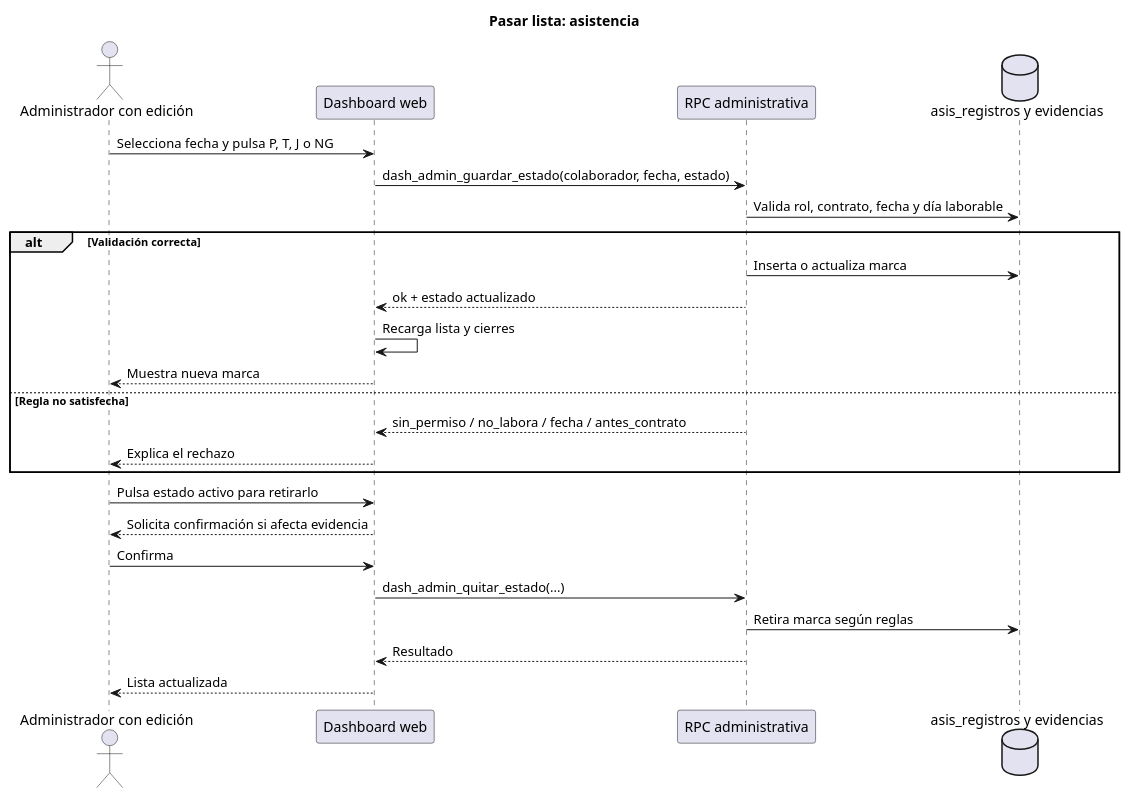
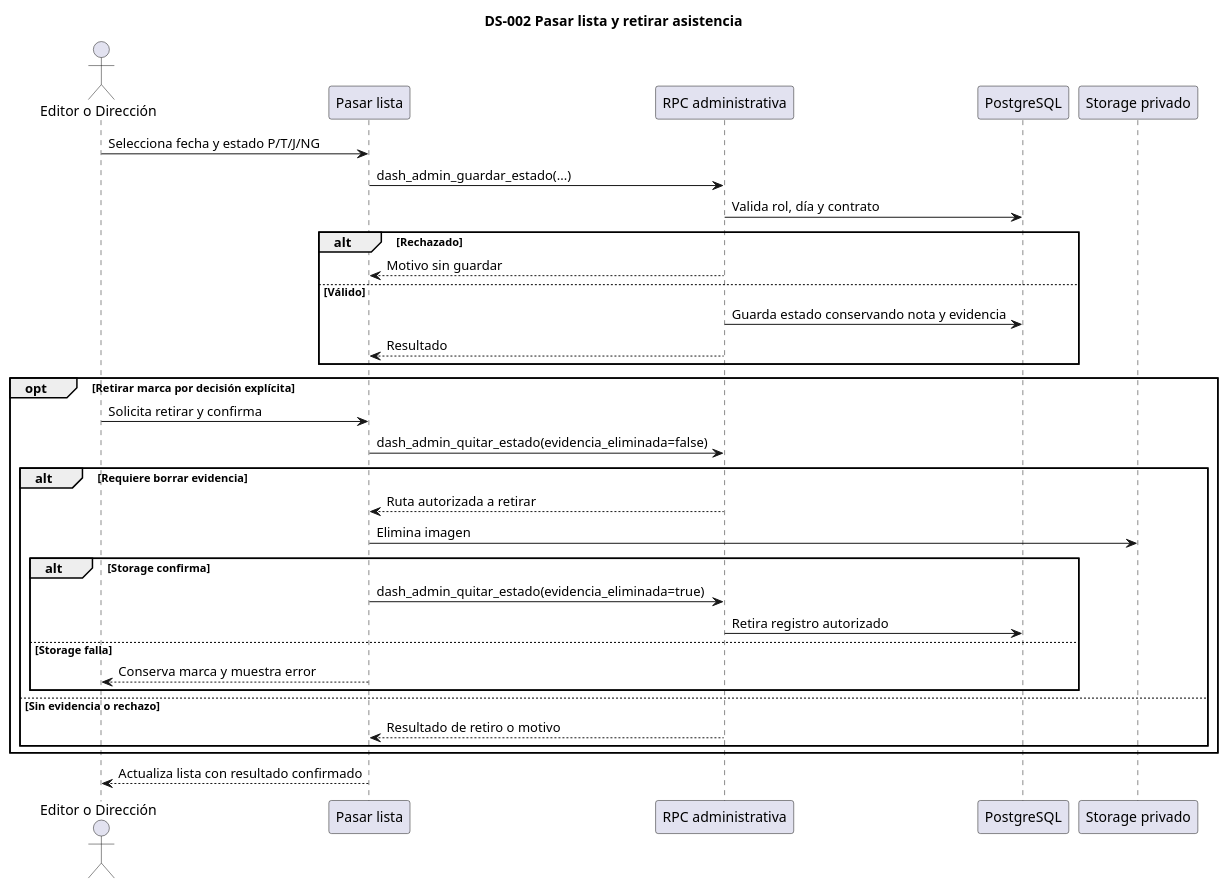
One commit to kjabienestar-ux/KJA changed the second of 22 diagrams in docs/21-diagramas-secuencia-administracion-plantuml.md. Above: the diagram before and after it, drawn with PlantUML. The commit also changed other lines of this file and 4 other files, not shown here.

````diff
--- a/docs/21-diagramas-secuencia-administracion-plantuml.md
+++ b/docs/21-diagramas-secuencia-administracion-plantuml.md
@@ -40,30 +49,36 @@
 ```plantuml
 @startuml
-title Pasar lista: asistencia
-actor "Administrador con edición" as Admin
-participant "Dashboard web" as Web
-participant "RPC administrativa" as RPC
-database "asis_registros y evidencias" as DB
-
-Admin -> Web: Selecciona fecha y pulsa P, T, J o NG
-Web -> RPC: dash_admin_guardar_estado(colaborador, fecha, estado)
-RPC -> DB: Valida rol, contrato, fecha y día laborable
-alt Validación correcta
-  RPC -> DB: Inserta o actualiza marca
-  RPC --> Web: ok + estado actualizado
-  Web -> Web: Recarga lista y cierres
-  Web --> Admin: Muestra nueva marca
-else Regla no satisfecha
-  RPC --> Web: sin_permiso / no_labora / fecha / antes_contrato
-  Web --> Admin: Explica el rechazo
+title DS-002 Pasar lista y retirar asistencia
+actor "Editor o Dirección" as U
+participant "Pasar lista" as W
+participant "RPC administrativa" as R
+participant "PostgreSQL" as B
+participant "Storage privado" as S
+U -> W: Selecciona fecha y estado P/T/J/NG
+W -> R: dash_admin_guardar_estado(...)
+R -> B: Valida rol, día y contrato
+alt Rechazado
+R --> W: Motivo sin guardar
+else Válido
+R -> B: Guarda estado conservando nota y evidencia
+R --> W: Resultado
 end
-
-Admin -> Web: Pulsa estado activo para retirarlo
-Web --> Admin: Solicita confirmación si afecta evidencia
-Admin -> Web: Confirma
-Web -> RPC: dash_admin_quitar_estado(...)
-RPC -> DB: Retira marca según reglas
-RPC --> Web: Resultado
-Web --> Admin: Lista actualizada
+opt Retirar marca por decisión explícita
+U -> W: Solicita retirar y confirma
+W -> R: dash_admin_quitar_estado(evidencia_eliminada=false)
+alt Requiere borrar evidencia
+R --> W: Ruta autorizada a retirar
+W -> S: Elimina imagen
+alt Storage confirma
+W -> R: dash_admin_quitar_estado(evidencia_eliminada=true)
+R -> B: Retira registro autorizado
+else Storage falla
+W --> U: Conserva marca y muestra error
+end
+else Sin evidencia o rechazo
+R --> W: Resultado de retiro o motivo
+end
+end
+W --> U: Actualiza lista con resultado confirmado
 @enduml
 ```
````
